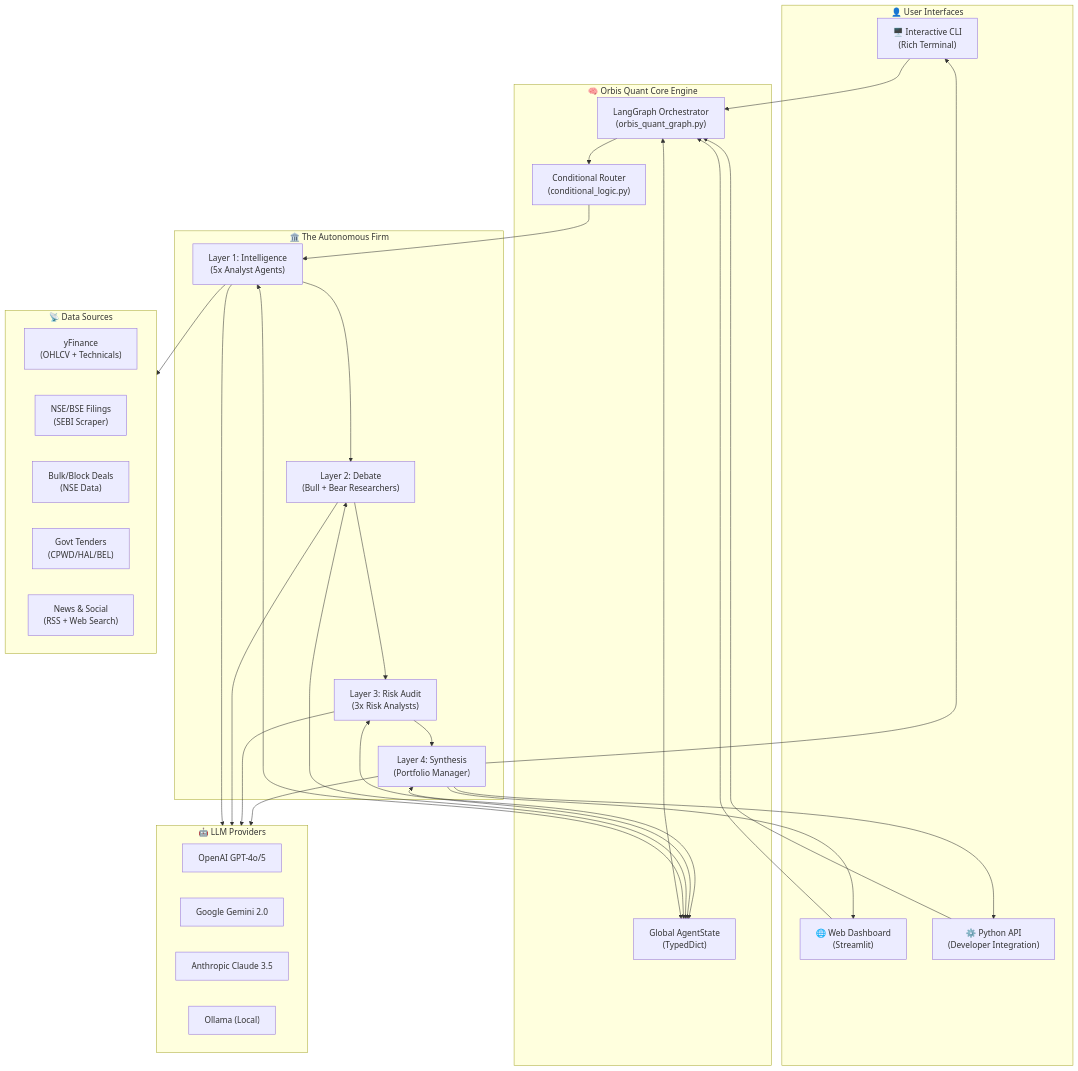
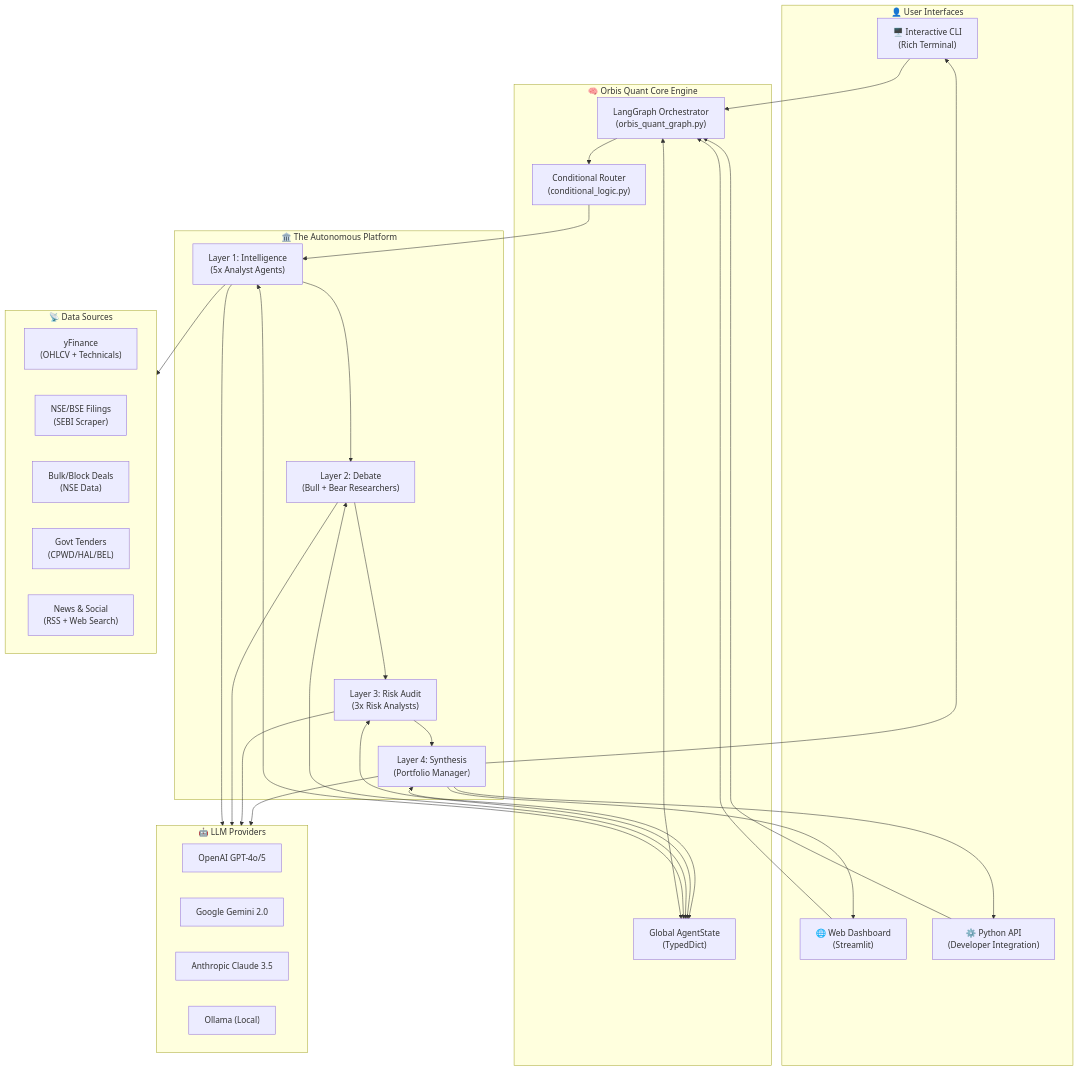
The first of 10 diagrams in ARCHITECTURE.md (AnupamaJain/orbis-quant-agents), drawn with Mermaid before and after one commit. The commit also changed 2 other files, not shown here.

Commit message:
docs: realign framework nomenclature from Firm to Platform in README, ARCHITECTURE, and PROJECT_CONTEXT

````diff
--- a/ARCHITECTURE.md
+++ b/ARCHITECTURE.md
@@ -17,47 +17,47 @@
 ```mermaid
 graph TB
     subgraph Users ["👤 User Interfaces"]
         CLI["🖥️ Interactive CLI\n(Rich Terminal)"]
         WEB["🌐 Web Dashboard\n(Streamlit)"]
         API["⚙️ Python API\n(Developer Integration)"]
     end
 
     subgraph Core ["🧠 Orbis Quant Core Engine"]
         ORCH["LangGraph Orchestrator\n(orbis_quant_graph.py)"]
         STATE["Global AgentState\n(TypedDict)"]
         COND["Conditional Router\n(conditional_logic.py)"]
     end
 
-    subgraph AgentFirm ["🏛️ The Autonomous Firm"]
+    subgraph AgentFirm ["🏛️ The Autonomous Platform"]
         L1["Layer 1: Intelligence\n(5x Analyst Agents)"]
         L2["Layer 2: Debate\n(Bull + Bear Researchers)"]
         L3["Layer 3: Risk Audit\n(3x Risk Analysts)"]
         L4["Layer 4: Synthesis\n(Portfolio Manager)"]
     end
 
     subgraph DataSources ["📡 Data Sources"]
         YF["yFinance\n(OHLCV + Technicals)"]
         SEBI["NSE/BSE Filings\n(SEBI Scraper)"]
         BD["Bulk/Block Deals\n(NSE Data)"]
         GT["Govt Tenders\n(CPWD/HAL/BEL)"]
         NEWS["News & Social\n(RSS + Web Search)"]
     end
 
     subgraph LLMLayer ["🤖 LLM Providers"]
         GPT["OpenAI GPT-4o/5"]
         GEM["Google Gemini 2.0"]
         CLD["Anthropic Claude 3.5"]
         OLL["Ollama (Local)"]
     end
 
     CLI & WEB & API --> ORCH
     ORCH <--> STATE
     ORCH --> COND
     COND --> L1 --> L2 --> L3 --> L4
     L1 & L2 & L3 & L4 <--> STATE
 
     L1 --> DataSources
     L1 & L2 & L3 & L4 --> LLMLayer
 
     L4 --> CLI & WEB & API
 ```
````
